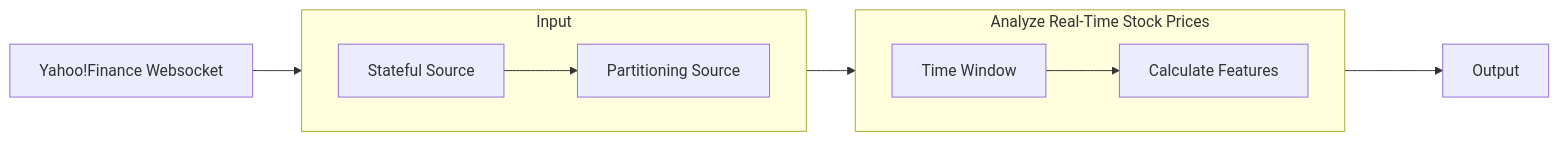
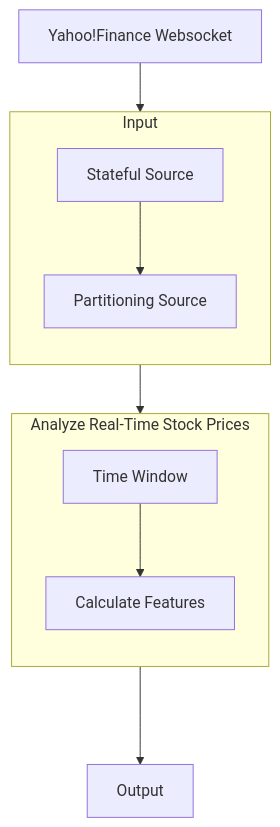
The diagram in README.md (bytewax/streaming-numpy-finance), drawn with Mermaid before and after one commit.

Commit message:
Updated Mermaid diagram direction in Readme

````diff
--- a/README.md
+++ b/README.md
@@ -67,15 +67,15 @@
 ```mermaid
-flowchart LR
+flowchart TD
     subgraph Input
-        direction LR
+        direction TD
         ss[Stateful Source] --> ps[Partitioning Source]
     end
     subgraph Artd[Analyze Real-Time Stock Prices]
-        direction LR
+        direction TD
         tw[Time Window] --> cf[Calculate Features]
     end
 
     yf[Yahoo!Finance Websocket] --> Input
     Input --> Artd
     Artd ---> Output
 ```
````
